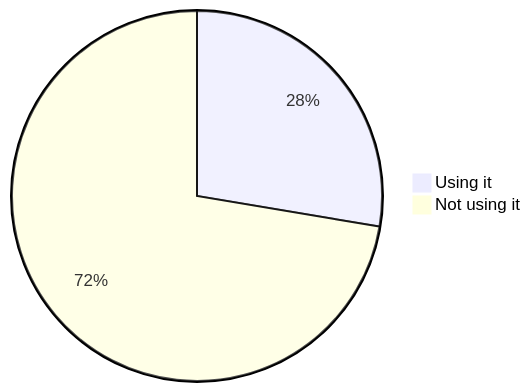
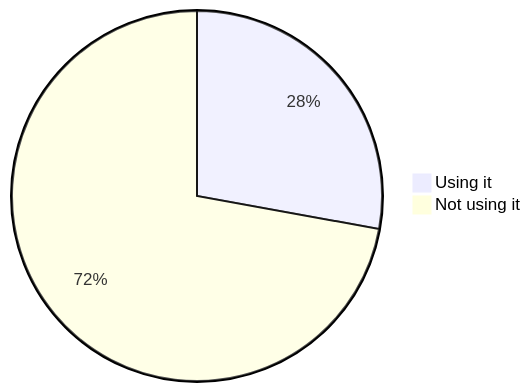
Diagram 16 of 22 in stats.md (oshp/oshp-stats), drawn with Mermaid before and after one commit. The commit also changed other lines of this file, not shown here.

````diff
--- a/stats.md
+++ b/stats.md
@@ -190,6 +190,6 @@
 ```mermaid
 pie
-	"Using it" : 27.64
-	"Not using it" : 72.36
+	"Using it" : 27.85
+	"Not using it" : 72.15
 
 ```
````
